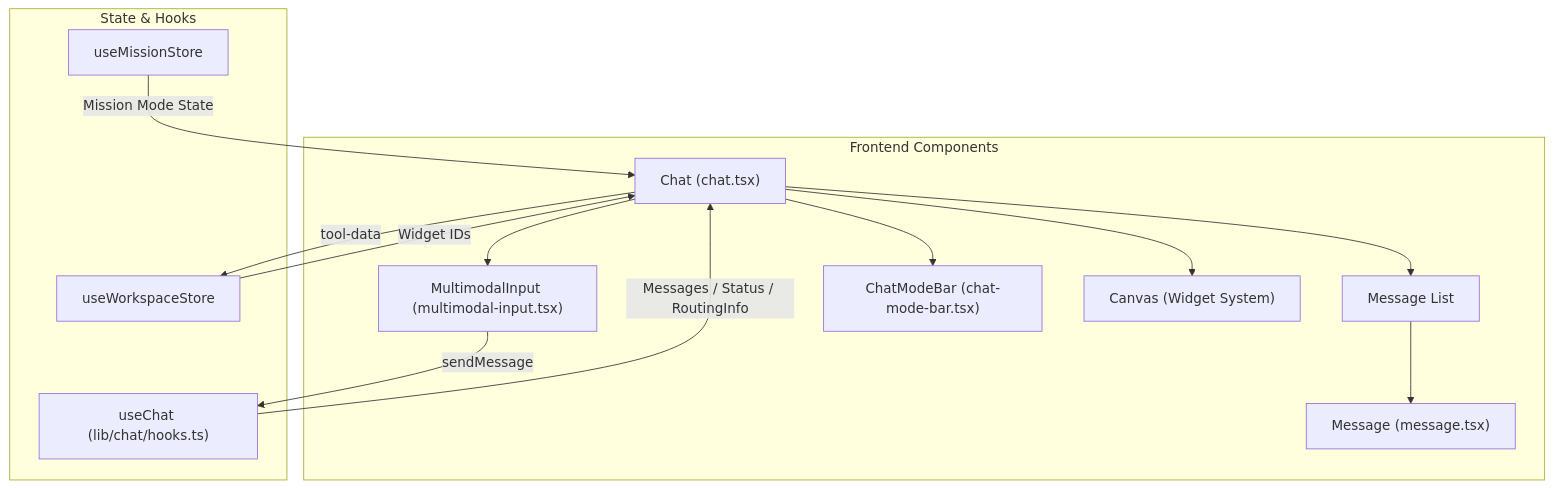
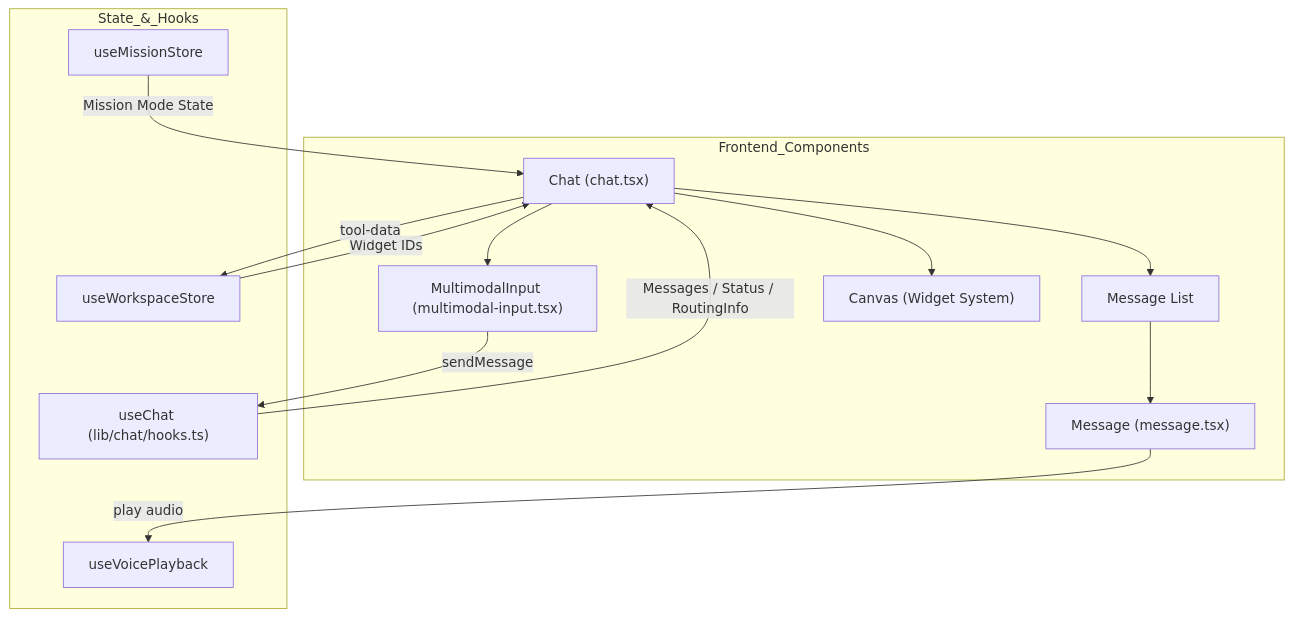
One commit to AutomatosAI/automatos-ai changed the first of 2 diagrams in docs/chat-interface/chat-ui-components.md. Above: the diagram before and after it, drawn with Mermaid. The commit also changed other lines of this file and 153 other files, not shown here.

````diff
--- a/docs/chat-interface/chat-ui-components.md
+++ b/docs/chat-interface/chat-ui-components.md
@@ -50,30 +51,30 @@
 ```mermaid
 graph TD
-    subgraph "Frontend Components"
+    subgraph "Frontend_Components"
         Chat["Chat (chat.tsx)"]
         Input["MultimodalInput (multimodal-input.tsx)"]
         MsgList["Message List"]
         Msg["Message (message.tsx)"]
-        ModeBar["ChatModeBar (chat-mode-bar.tsx)"]
         Canvas["Canvas (Widget System)"]
     end
 
-    subgraph "State & Hooks"
+    subgraph "State_&_Hooks"
         useChat["useChat (lib/chat/hooks.ts)"]
         useWS["useWorkspaceStore"]
         useMission["useMissionStore"]
+        useVoice["useVoicePlayback"]
     end
 
-    Chat --> ModeBar
     Chat --> MsgList
     MsgList --> Msg
     Chat --> Input
     Chat --> Canvas
 
     useChat -- "Messages / Status / RoutingInfo" --> Chat
     useWS -- "Widget IDs" --> Chat
     useMission -- "Mission Mode State" --> Chat
     
     Input -- "sendMessage" --> useChat
     Chat -- "tool-data" --> useWS
+    Msg -- "play audio" --> useVoice
 ```
````
